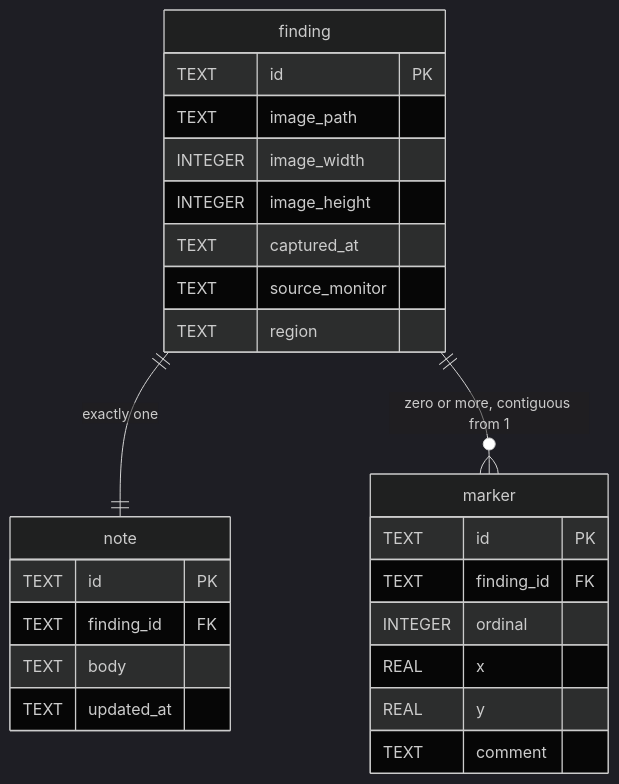
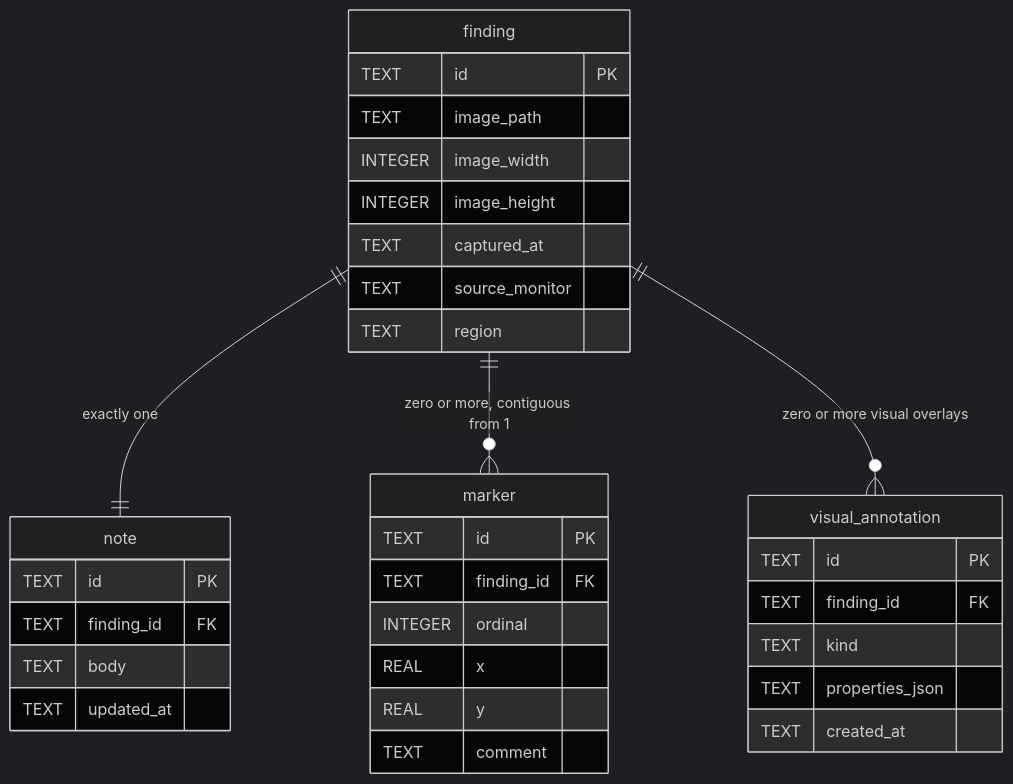
Before and after one commit to wiradigitalid/snapdown: the diagram in .how/finding/05-model/data-model.md, drawn with Mermaid (dark theme). The commit also changed other lines of this file and 20 other files, not shown here.

````diff
--- a/.how/finding/05-model/data-model.md
+++ b/.how/finding/05-model/data-model.md
@@ -12,28 +12,36 @@
 ```mermaid
 erDiagram
     finding ||--|| note : "exactly one"
     finding ||--o{ marker : "zero or more, contiguous from 1"
+    finding ||--o{ visual_annotation : "zero or more visual overlays"
     finding {
         TEXT id PK
         TEXT image_path
         INTEGER image_width
         INTEGER image_height
         TEXT captured_at
         TEXT source_monitor
         TEXT region
     }
     note {
         TEXT id PK
         TEXT finding_id FK
         TEXT body
         TEXT updated_at
     }
     marker {
         TEXT id PK
         TEXT finding_id FK
         INTEGER ordinal
         REAL x
         REAL y
         TEXT comment
     }
+    visual_annotation {
+        TEXT id PK
+        TEXT finding_id FK
+        TEXT kind
+        TEXT properties_json
+        TEXT created_at
+    }
 ```
````
